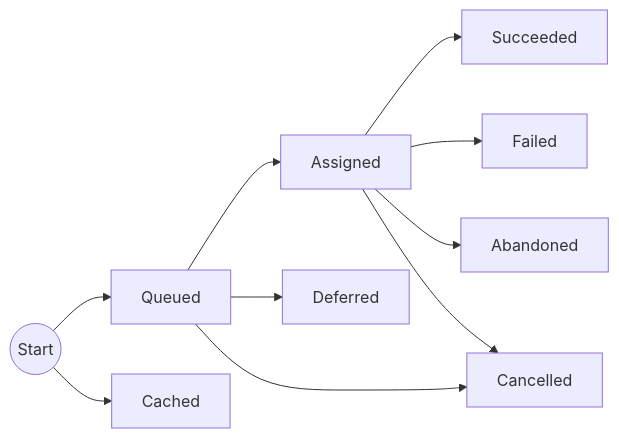
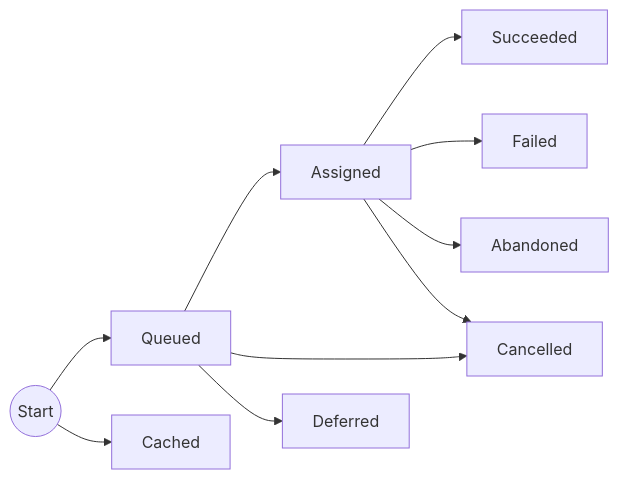
One commit to CofluxLabs/coflux changed the diagram in docs/docs/executions.md. Above: the diagram before and after it, drawn with Mermaid. The commit also changed other lines of this file and 32 other files, not shown here.

````diff
--- a/docs/docs/executions.md
+++ b/docs/docs/executions.md
@@ -5,12 +5,12 @@
 ```mermaid
 graph LR;
   start((Start))-->queued
   start-->cached[Cached]
   queued[Queued]-->assigned
+  queued-->cancelled
+  queued-->deferred[Deferred]
   assigned[Assigned]-->succeeded[Succeeded]
   assigned-->failed[Failed]
   assigned-->abandoned[Abandoned]
   assigned-->cancelled[Cancelled]
-  queued-->cancelled
-  queued-->deferred[Deferred]
 ```
````
